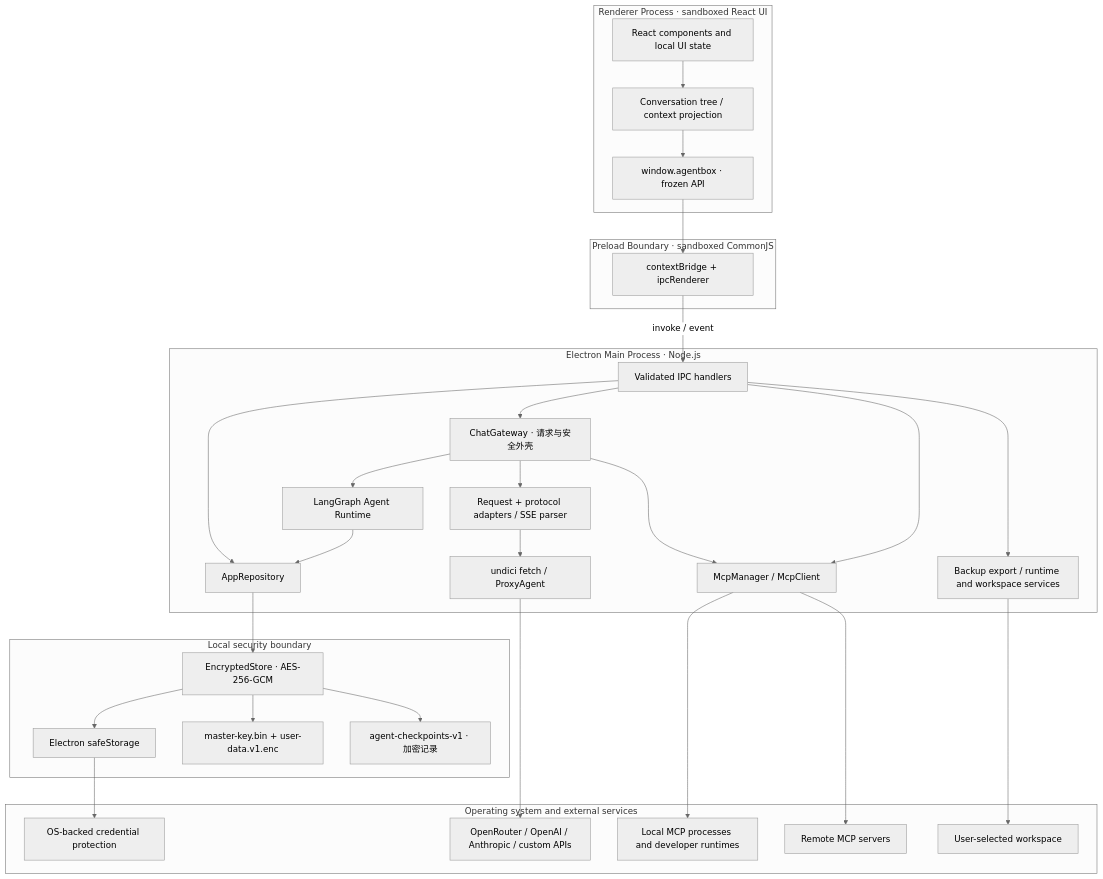
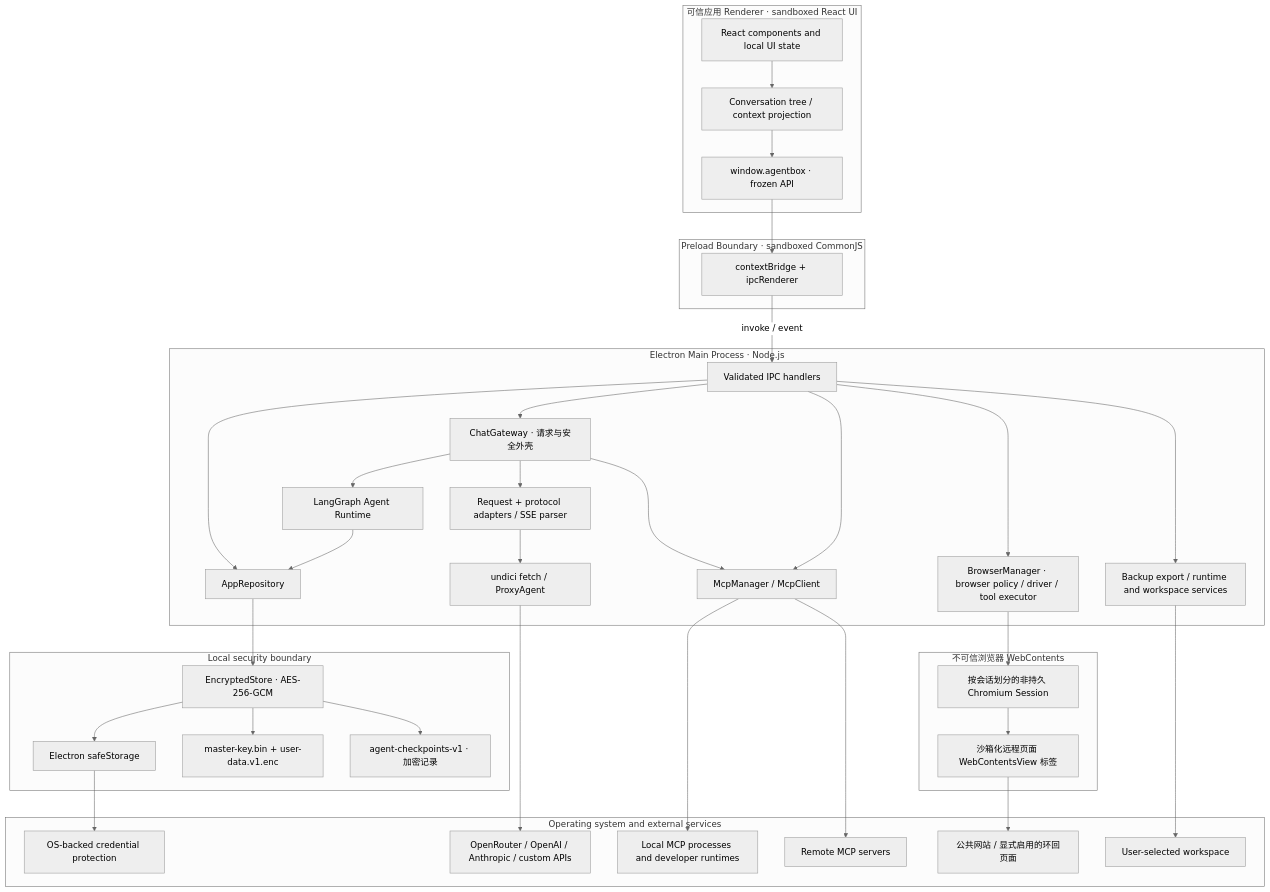
One commit to ac-1e9plus7/agent-box changed the diagram in docs_zh/architecture.md. Above: the diagram before and after it, drawn with Mermaid (neutral theme). The commit also changed other lines of this file and 60 other files, not shown here.

````diff
--- a/docs_zh/architecture.md
+++ b/docs_zh/architecture.md
@@ -11,60 +11,70 @@
 ```mermaid
 graph TB
-    subgraph Renderer["Renderer Process · sandboxed React UI"]
+    subgraph Renderer["可信应用 Renderer · sandboxed React UI"]
         UI["React components and local UI state"]
         Projection["Conversation tree / context projection"]
         PublicAPI["window.agentbox · frozen API"]
         UI --> Projection --> PublicAPI
     end
 
     subgraph Preload["Preload Boundary · sandboxed CommonJS"]
         Bridge["contextBridge + ipcRenderer"]
         PublicAPI --> Bridge
     end
 
     subgraph Main["Electron Main Process · Node.js"]
         IPC["Validated IPC handlers"]
         Gateway["ChatGateway · 请求与安全外壳"]
         AgentRuntime["LangGraph Agent Runtime"]
         Repository["AppRepository"]
         MCP["McpManager / McpClient"]
+        BrowserManager["BrowserManager · browser policy / driver / tool executor"]
         Backup["Backup export / runtime and workspace services"]
         Adapters["Request + protocol adapters / SSE parser"]
         Network["undici fetch / ProxyAgent"]
 
         Bridge -->|"invoke / event"| IPC
         IPC --> Gateway
         Gateway --> AgentRuntime
         AgentRuntime --> Repository
         IPC --> Repository
         IPC --> MCP
+        IPC --> BrowserManager
         IPC --> Backup
         Gateway --> Adapters --> Network
         Gateway --> MCP
     end
 
     subgraph Storage["Local security boundary"]
         Store["EncryptedStore · AES-256-GCM"]
         SafeStorage["Electron safeStorage"]
         VaultFiles["master-key.bin + user-data.v1.enc"]
         CheckpointFiles["agent-checkpoints-v1 · 加密记录"]
         Repository --> Store
         Store --> SafeStorage
         Store --> VaultFiles
         Store --> CheckpointFiles
     end
 
+    subgraph BrowserPages["不可信浏览器 WebContents"]
+        BrowserSession["按会话划分的非持久 Chromium Session"]
+        RemotePages["沙箱化远程页面 WebContentsView 标签"]
+        BrowserManager --> BrowserSession --> RemotePages
+    end
+
     subgraph External["Operating system and external services"]
         KeyStore["OS-backed credential protection"]
         Providers["OpenRouter / OpenAI / Anthropic / custom APIs"]
         LocalTools["Local MCP processes and developer runtimes"]
         RemoteMCP["Remote MCP servers"]
+        Websites["公共网站 / 显式启用的环回页面"]
         Workspace["User-selected workspace"]
 
         SafeStorage --> KeyStore
         Network --> Providers
         MCP --> LocalTools
         MCP --> RemoteMCP
+        RemotePages --> Websites
         Backup --> Workspace
     end
 ```
````
